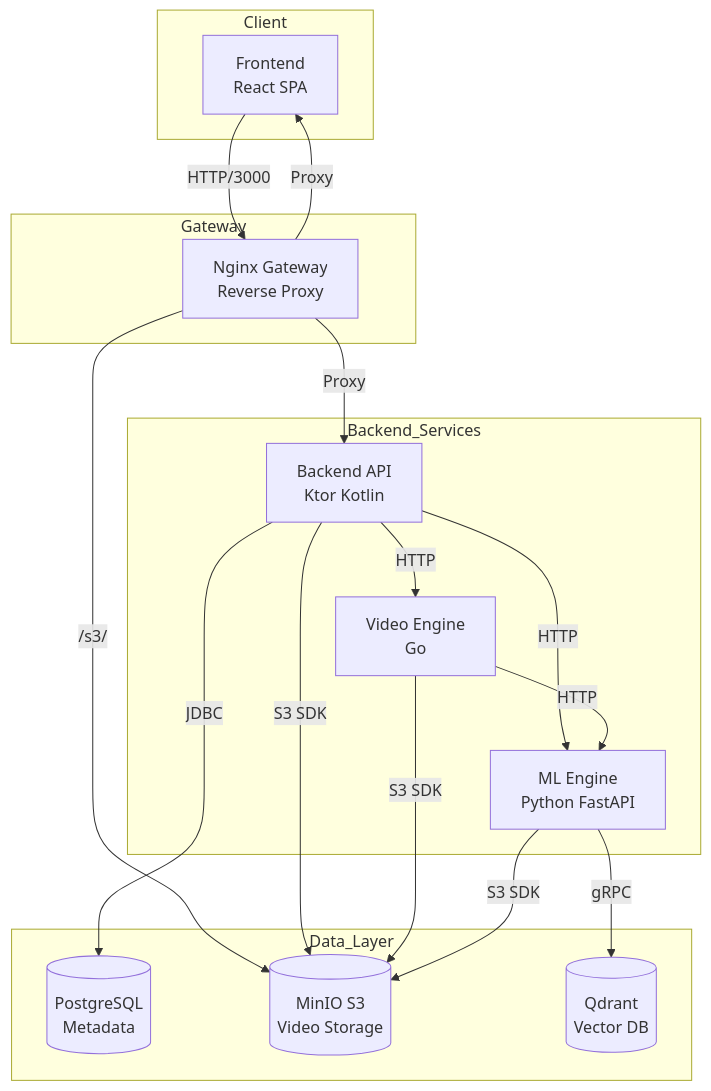
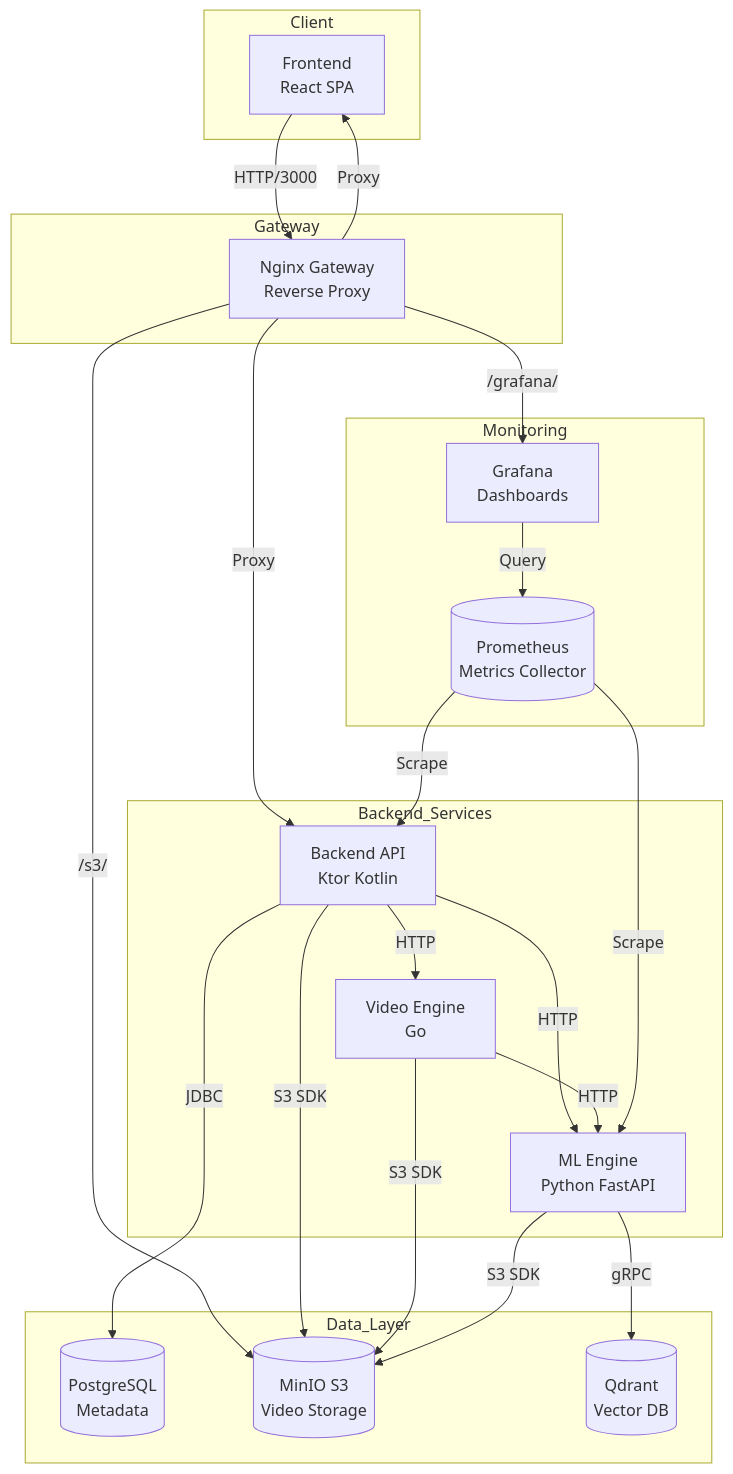
The first of 5 diagrams in README.md (Team-v3-9-a/OmniSearch-Engine), drawn with Mermaid before and after one commit. The commit also changed other lines of this file, not shown here.

Commit message:
docs: update README with monitoring details

````diff
--- a/README.md
+++ b/README.md
@@ -22,38 +22,48 @@
 ```mermaid
 graph TB
     subgraph Client
         FE[Frontend<br/>React SPA]
     end
     
     subgraph Gateway
         NGINX[Nginx Gateway<br/>Reverse Proxy]
     end
     
     subgraph Backend_Services
         BE[Backend API<br/>Ktor Kotlin]
         VE[Video Engine<br/>Go]
         ML[ML Engine<br/>Python FastAPI]
     end
+
+    subgraph Monitoring
+        PROM[(Prometheus<br/>Metrics Collector)]
+        GRAF[Grafana<br/>Dashboards]
+    end
     
     subgraph Data_Layer
         PG[(PostgreSQL<br/>Metadata)]
         S3[(MinIO S3<br/>Video Storage)]
         QD[(Qdrant<br/>Vector DB)]
     end
     
     FE -->|HTTP/3000| NGINX
     NGINX -->|Proxy| BE
     NGINX -->|Proxy| FE
     NGINX -->|/s3/| S3
+    NGINX -->|/grafana/| GRAF
     
     BE -->|JDBC| PG
     BE -->|S3 SDK| S3
     BE -->|HTTP| VE
     BE -->|HTTP| ML
     
     VE -->|S3 SDK| S3
     VE -->|HTTP| ML
     
     ML -->|gRPC| QD
     ML -->|S3 SDK| S3
+
+    PROM -->|Scrape| BE
+    PROM -->|Scrape| ML
+    GRAF -->|Query| PROM
 ```
````
